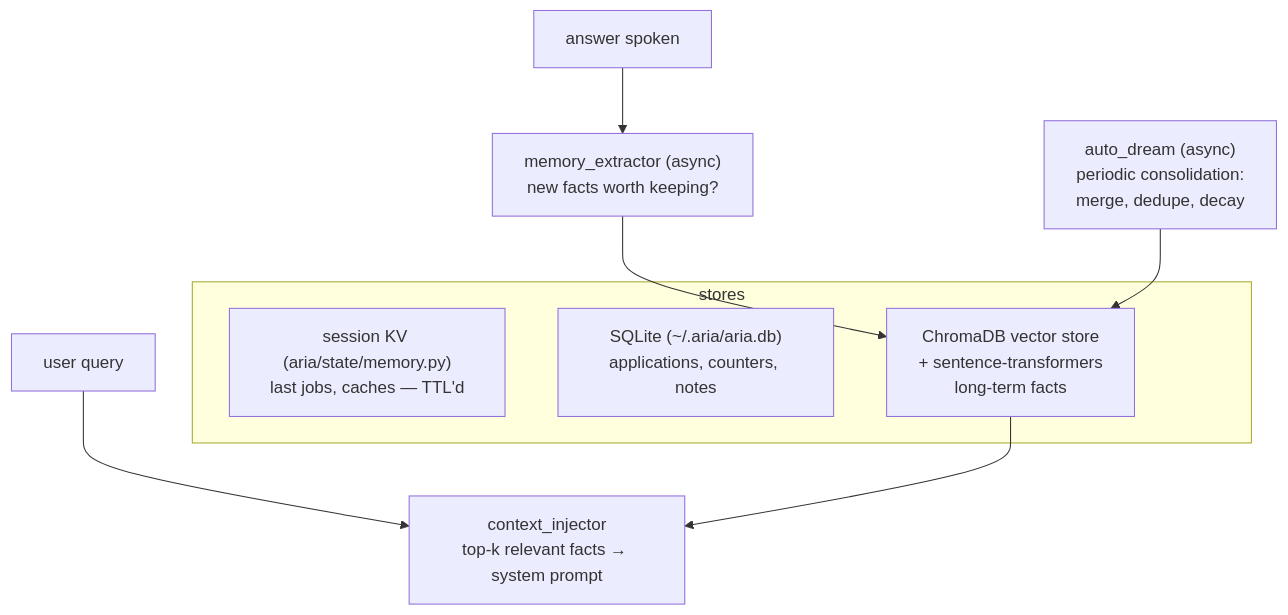
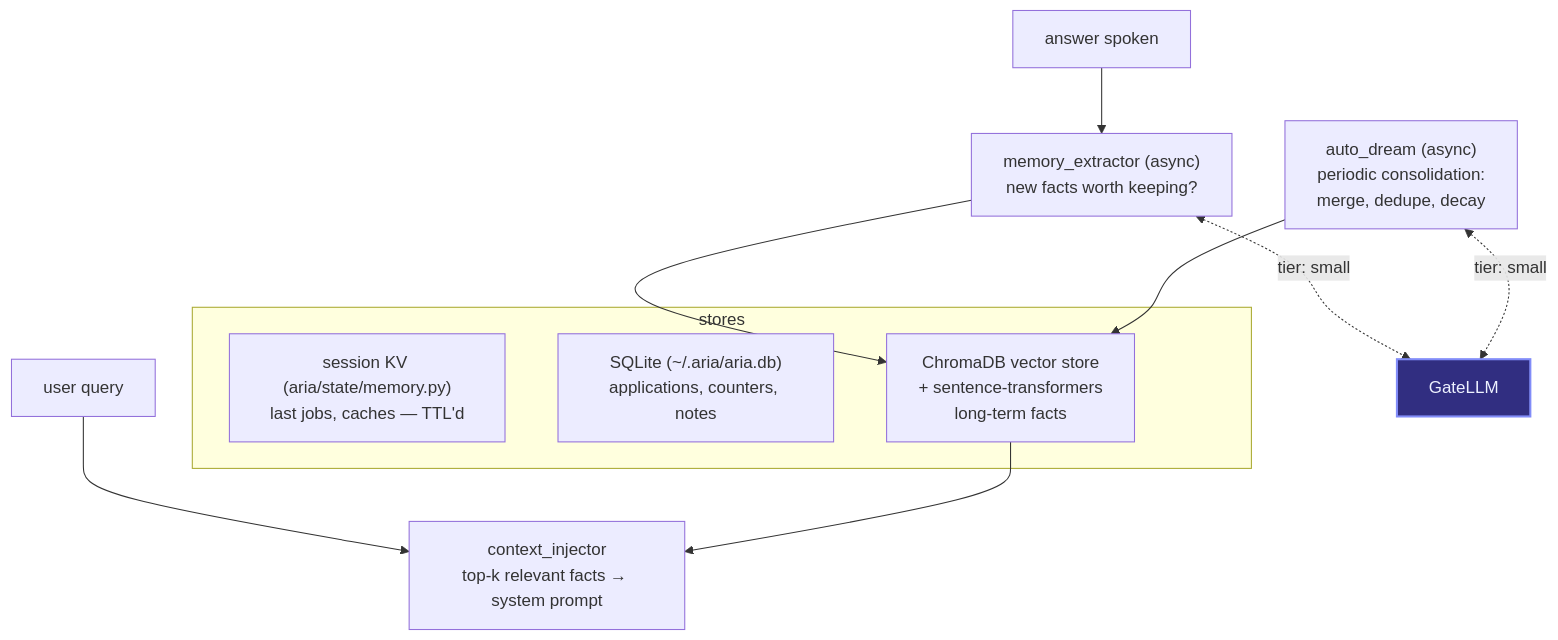
The sixth of 8 diagrams in ARCHITECTURE.md (Bhanu1299/Aria), drawn with Mermaid before and after one commit. The commit also changed other lines of this file and 2 other files, not shown here.

First line of the commit message:
docs: show the dispatcher and GateLLM gateway in every diagram

````diff
--- a/ARCHITECTURE.md
+++ b/ARCHITECTURE.md
@@ -187,13 +256,18 @@
 ```mermaid
 flowchart TB
     Q["user query"] --> INJ["context_injector<br/>top-k relevant facts → system prompt"]
     subgraph stores [" stores "]
         S1["session KV (aria/state/memory.py)<br/>last jobs, caches — TTL'd"]
         S2["SQLite (~/.aria/aria.db)<br/>applications, counters, notes"]
         S3["ChromaDB vector store<br/>+ sentence-transformers<br/>long-term facts"]
     end
     ANS["answer spoken"] --> EXT["memory_extractor (async)<br/>new facts worth keeping?"]
     EXT --> S3
     DREAM["auto_dream (async)<br/>periodic consolidation:<br/>merge, dedupe, decay"] --> S3
     S3 --> INJ
+    EXT <-.->|"tier: small"| GW["GateLLM"]
+    DREAM <-.->|"tier: small"| GW
+
+    classDef key fill:#312e81,stroke:#818cf8,color:#eef2ff,stroke-width:2px
+    class GW key
 ```
````
